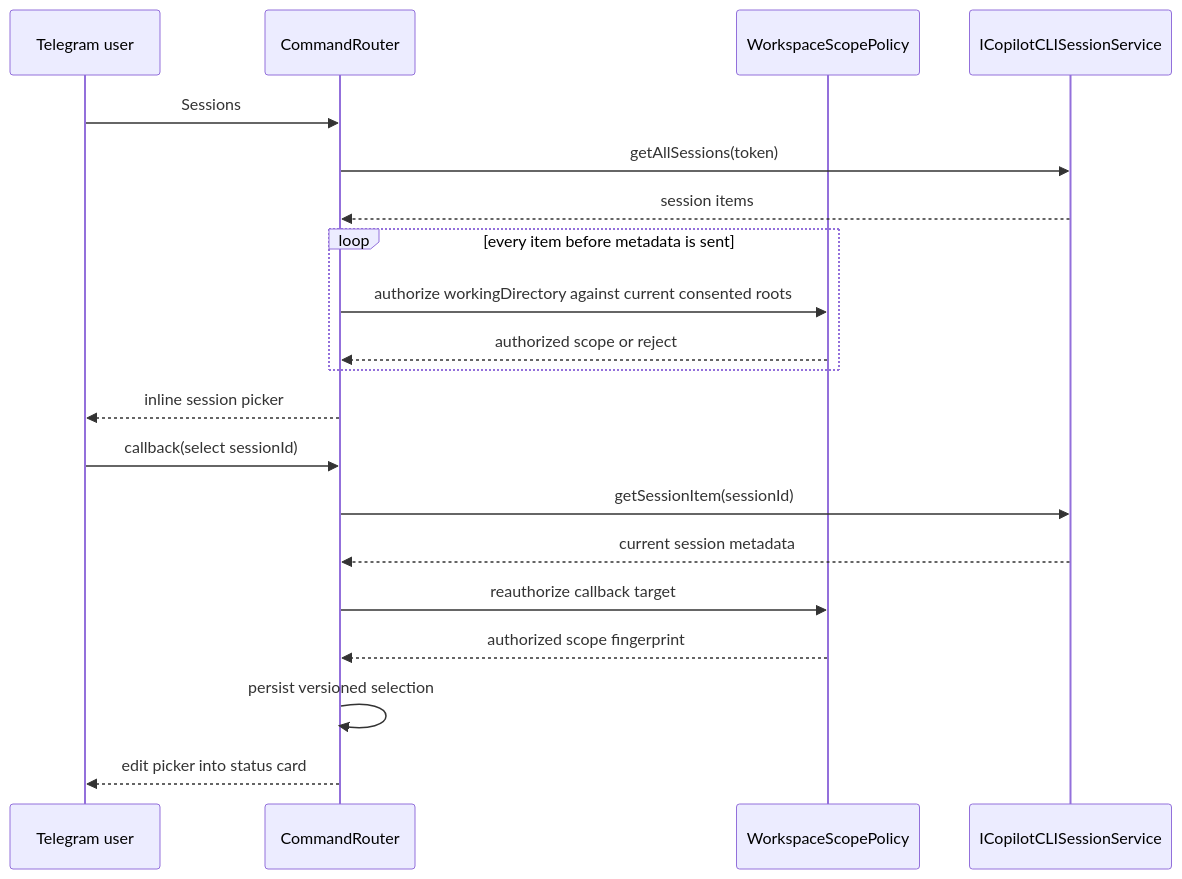
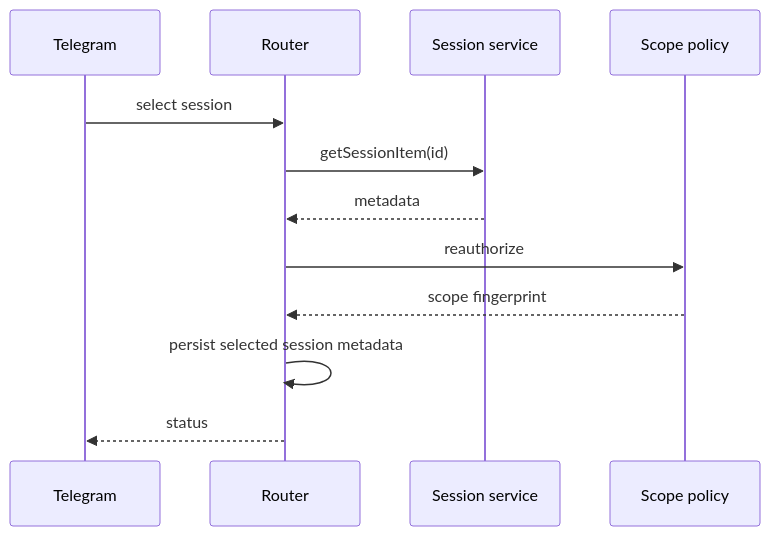
One commit to SachiHarshitha/vscode-telegram changed the fifth of 17 diagrams in extensions/copilot/docs/telegram-remote/CALL_FLOWS.md. Above: the diagram before and after it, drawn with Mermaid. The commit also changed other lines of this file, not shown here.

Commit message:
docs(telegram-remote): align call flows with current runtime

````diff
--- a/extensions/copilot/docs/telegram-remote/CALL_FLOWS.md
+++ b/extensions/copilot/docs/telegram-remote/CALL_FLOWS.md
@@ -129,23 +105,15 @@
 ```mermaid
 sequenceDiagram
-    participant T as Telegram user
-    participant R as CommandRouter
-    participant A as WorkspaceScopePolicy
-    participant S as ICopilotCLISessionService
+    participant T as Telegram
+    participant R as Router
+    participant S as Session service
+    participant A as Scope policy
 
-    T->>R: Sessions
-    R->>S: getAllSessions(token)
-    S-->>R: session items
-    loop every item before metadata is sent
-        R->>A: authorize workingDirectory against current consented roots
-        A-->>R: authorized scope or reject
-    end
-    R-->>T: inline session picker
-    T->>R: callback(select sessionId)
-    R->>S: getSessionItem(sessionId)
-    S-->>R: current session metadata
-    R->>A: reauthorize callback target
-    A-->>R: authorized scope fingerprint
-    R->>R: persist versioned selection
-    R-->>T: edit picker into status card
+    T->>R: select session
+    R->>S: getSessionItem(id)
+    S-->>R: metadata
+    R->>A: reauthorize
+    A-->>R: scope fingerprint
+    R->>R: persist selected session metadata
+    R-->>T: status
 ```
````
